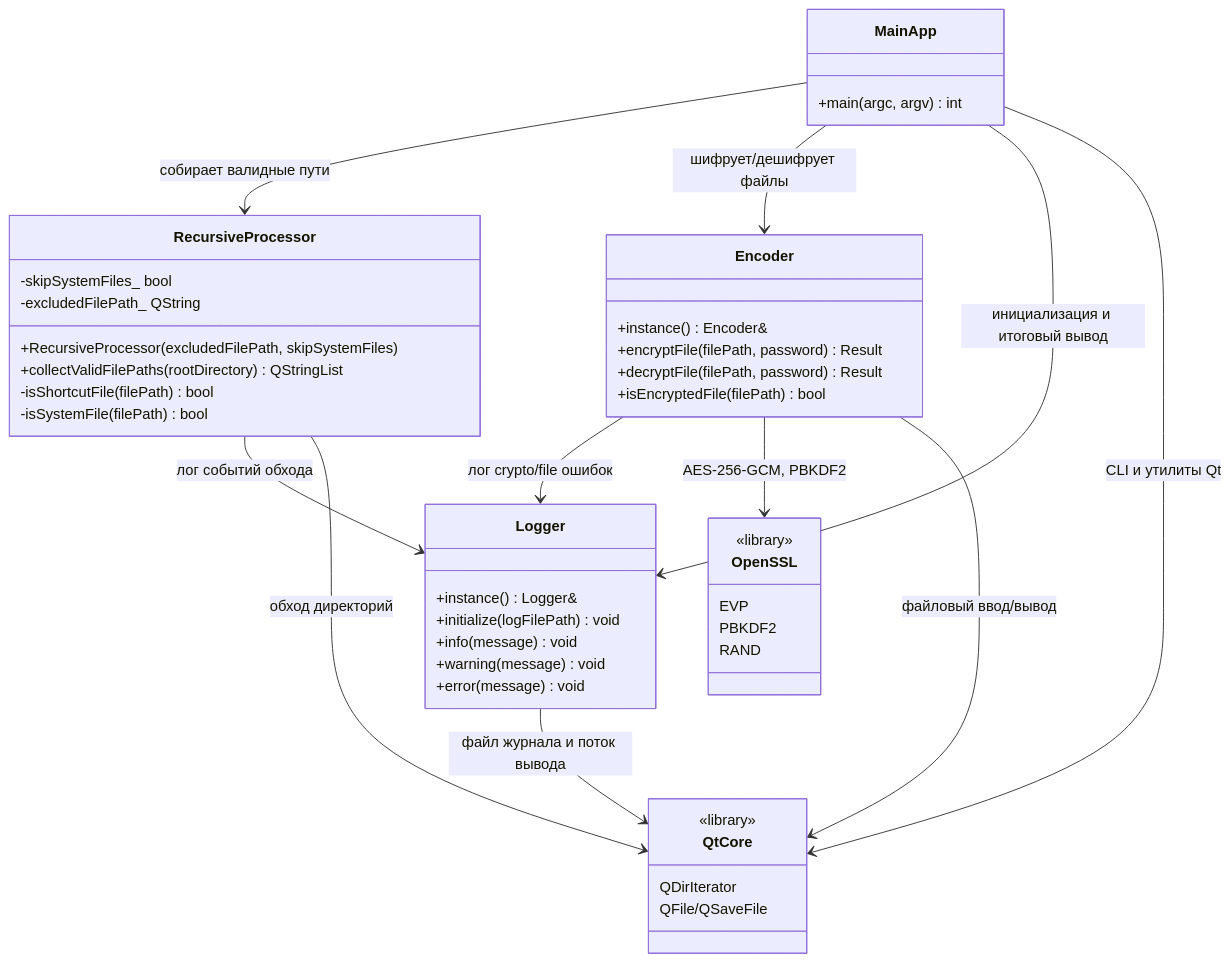
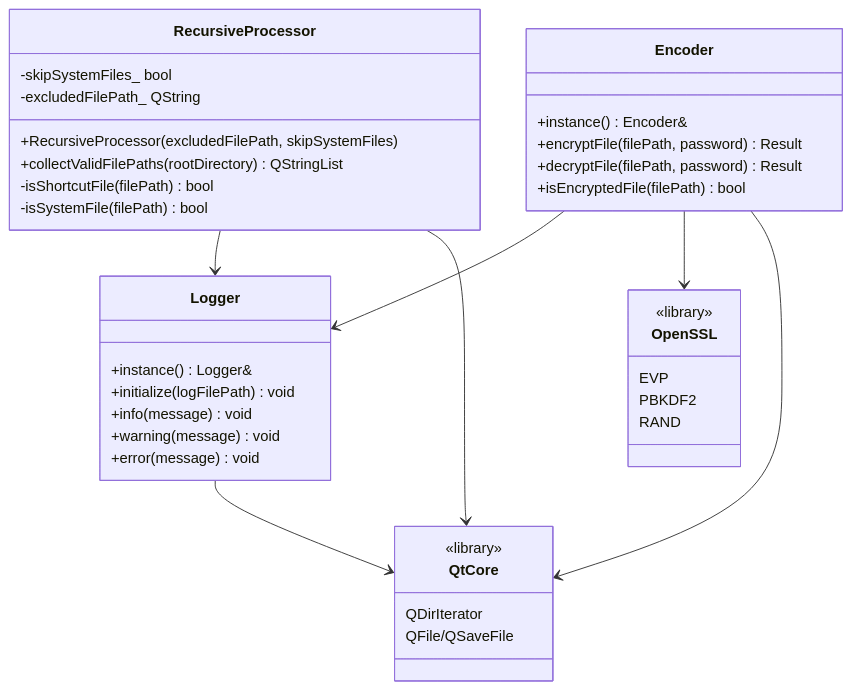
The diagram in README.md (Walrus54/lab1RSZI), drawn with Mermaid before and after one commit.

Commit message:
Docs: simplify UML diagram (drop MainApp and edge labels)

````diff
--- a/README.md
+++ b/README.md
@@ -28,54 +28,46 @@
 ```mermaid
 classDiagram
-    class MainApp {
-      +main(argc, argv) int
-    }
-
     class RecursiveProcessor {
       -skipSystemFiles_ bool
       -excludedFilePath_ QString
       +RecursiveProcessor(excludedFilePath, skipSystemFiles)
       +collectValidFilePaths(rootDirectory) QStringList
       -isShortcutFile(filePath) bool
       -isSystemFile(filePath) bool
     }
 
     class Encoder {
       +instance() Encoder&
       +encryptFile(filePath, password) Result
       +decryptFile(filePath, password) Result
       +isEncryptedFile(filePath) bool
     }
 
     class Logger {
       +instance() Logger&
       +initialize(logFilePath) void
       +info(message) void
       +warning(message) void
       +error(message) void
     }
 
     class OpenSSL {
       <<library>>
       EVP
       PBKDF2
       RAND
     }
 
     class QtCore {
       <<library>>
       QDirIterator
       QFile/QSaveFile
     }
 
-    MainApp --> RecursiveProcessor : собирает валидные пути
-    MainApp --> Encoder : шифрует/дешифрует файлы
-    MainApp --> Logger : инициализация и итоговый вывод
-    RecursiveProcessor --> Logger : лог событий обхода
-    Encoder --> Logger : лог crypto/file ошибок
-    Encoder --> OpenSSL : AES-256-GCM, PBKDF2
-    MainApp --> QtCore : CLI и утилиты Qt
-    RecursiveProcessor --> QtCore : обход директорий
-    Encoder --> QtCore : файловый ввод/вывод
-    Logger --> QtCore : файл журнала и поток вывода
+    RecursiveProcessor --> Logger
+    Encoder --> Logger
+    Encoder --> OpenSSL
+    RecursiveProcessor --> QtCore
+    Encoder --> QtCore
+    Logger --> QtCore
 ```
````
